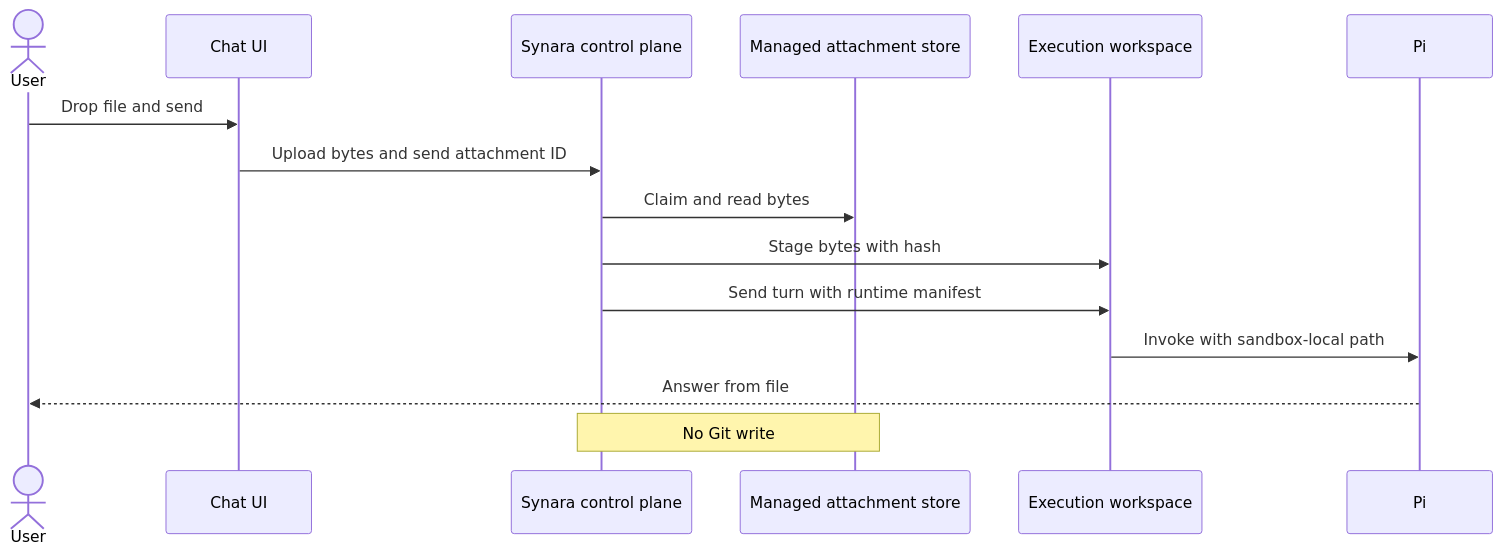
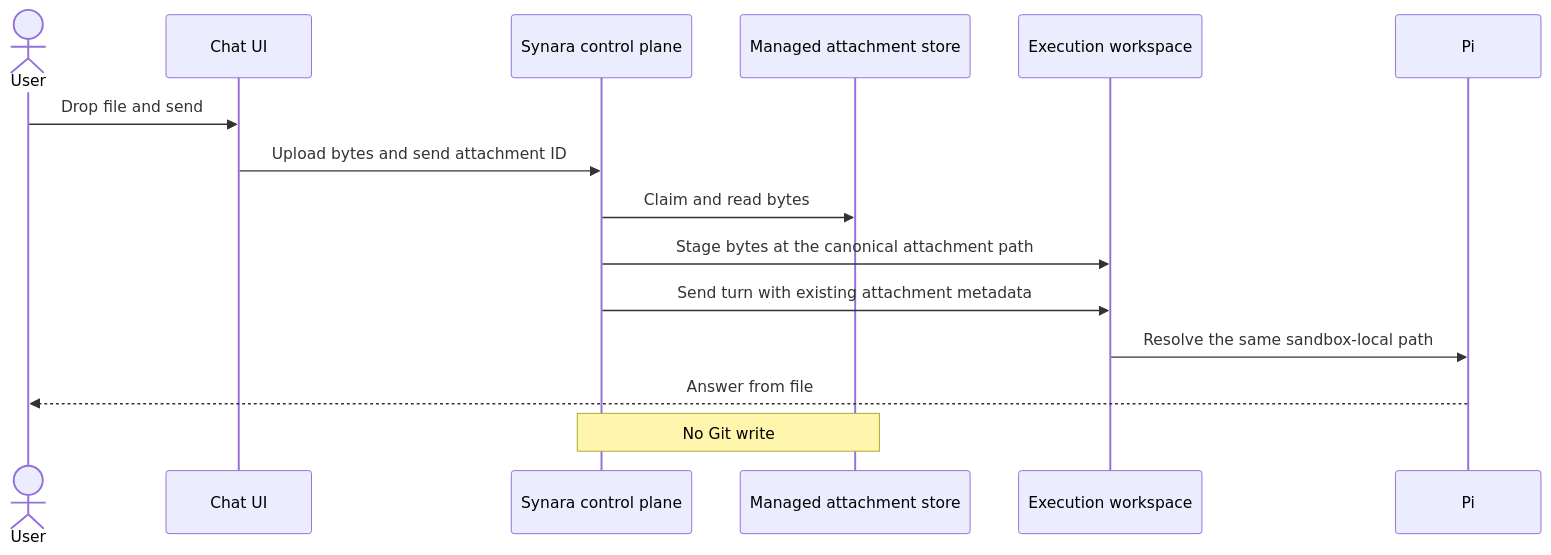
The first of 4 diagrams in docs/superpowers/specs/2026-08-30-glasswing-chat-context-persistence-design.md (adityachaudhry/synara), drawn with Mermaid before and after one commit. The commit also changed other lines of this file and 5 other files, not shown here.

````diff
--- a/docs/superpowers/specs/2026-08-30-glasswing-chat-context-persistence-design.md
+++ b/docs/superpowers/specs/2026-08-30-glasswing-chat-context-persistence-design.md
@@ -20,17 +20,17 @@
 ```mermaid
 sequenceDiagram
     actor User
     participant UI as Chat UI
     participant Control as Synara control plane
     participant Store as Managed attachment store
     participant Workspace as Execution workspace
     participant Pi
     User->>UI: Drop file and send
     UI->>Control: Upload bytes and send attachment ID
     Control->>Store: Claim and read bytes
-    Control->>Workspace: Stage bytes with hash
-    Control->>Workspace: Send turn with runtime manifest
-    Workspace->>Pi: Invoke with sandbox-local path
+    Control->>Workspace: Stage bytes at the canonical attachment path
+    Control->>Workspace: Send turn with existing attachment metadata
+    Workspace->>Pi: Resolve the same sandbox-local path
     Pi-->>User: Answer from file
     Note over Control,Store: No Git write
 ```
````
